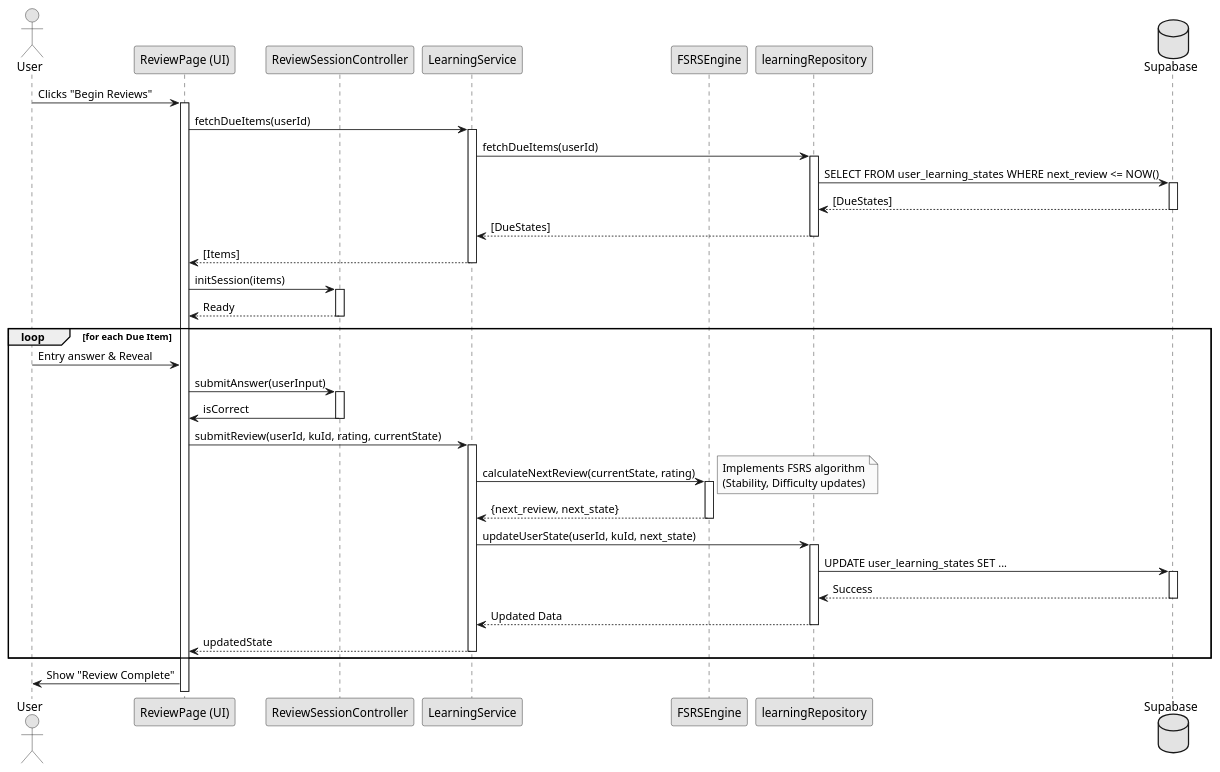
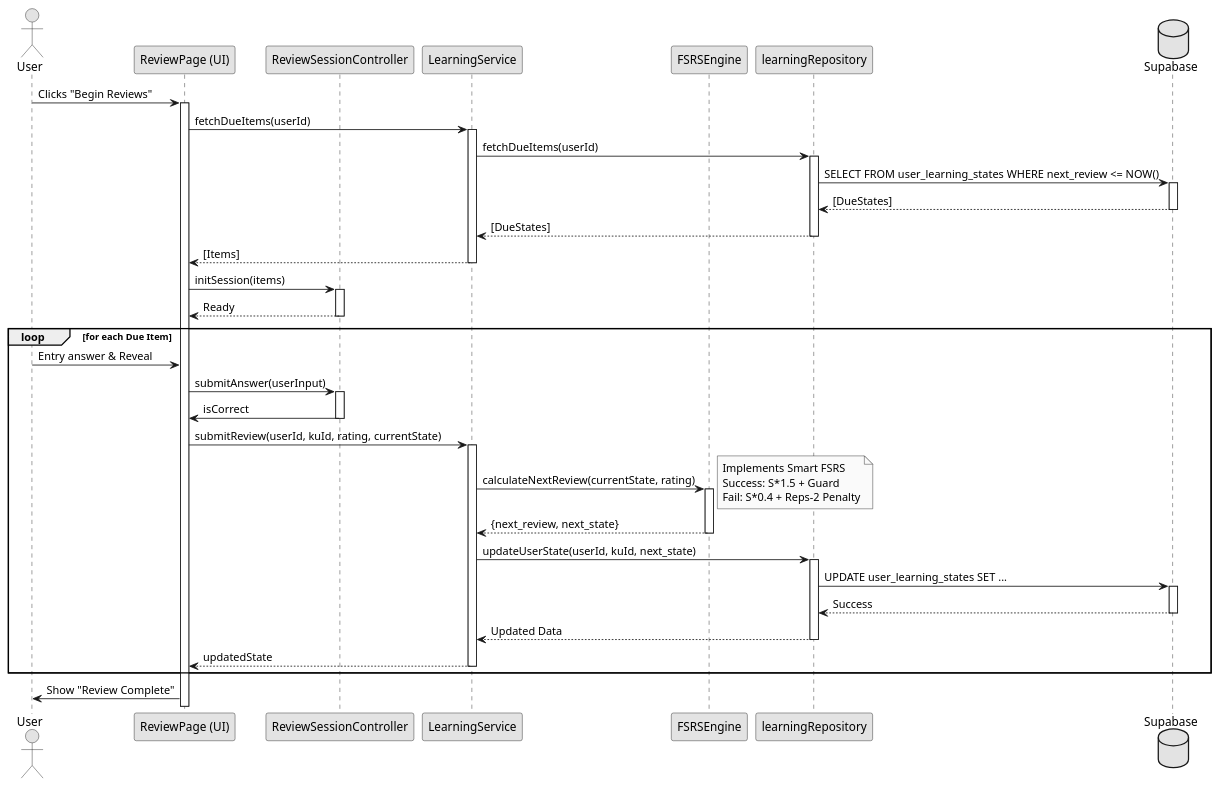
The diagram in docs/sequence/review_sequence.puml (anhtranguyen-github/Hanachan), drawn with PlantUML before and after one commit. The commit also changed 10 other files, not shown here.

Commit message:
docs: standardize ER diagrams, package list, and cross-consistency summary

```diff
--- a/docs/sequence/review_sequence.puml
+++ b/docs/sequence/review_sequence.puml
@@ -1,63 +1,63 @@
 @startuml Review Sequence
 skinparam monochrome true
 skinparam shadowing false
 skinparam defaultFontName "Segoe UI"
 
 actor User
 participant "ReviewPage (UI)" as UI
 participant "ReviewSessionController" as Controller
 participant "LearningService" as Service
 participant "FSRSEngine" as FSRS
 participant "learningRepository" as Repo
 database "Supabase" as DB
 
 User -> UI : Clicks "Begin Reviews"
 activate UI
 UI -> Service : fetchDueItems(userId)
 activate Service
 Service -> Repo : fetchDueItems(userId)
 activate Repo
 Repo -> DB : SELECT FROM user_learning_states WHERE next_review <= NOW()
 activate DB
 DB --> Repo : [DueStates]
 deactivate DB
 Repo --> Service : [DueStates]
 deactivate Repo
 Service --> UI : [Items]
 deactivate Service
 
 UI -> Controller : initSession(items)
 activate Controller
 Controller --> UI : Ready
 deactivate Controller
 
 loop for each Due Item
     User -> UI : Entry answer & Reveal
     UI -> Controller : submitAnswer(userInput)
     activate Controller
     Controller -> UI : isCorrect
     deactivate Controller
     
     UI -> Service : submitReview(userId, kuId, rating, currentState)
     activate Service
     Service -> FSRS : calculateNextReview(currentState, rating)
     activate FSRS
-    note right: Implements FSRS algorithm\n(Stability, Difficulty updates)
+    note right: Implements Smart FSRS\nSuccess: S*1.5 + Guard\nFail: S*0.4 + Reps-2 Penalty
     FSRS --> Service : {next_review, next_state}
     deactivate FSRS
     
     Service -> Repo : updateUserState(userId, kuId, next_state)
     activate Repo
     Repo -> DB : UPDATE user_learning_states SET ...
     activate DB
     DB --> Repo : Success
     deactivate DB
     Repo --> Service : Updated Data
     deactivate Repo
     
     Service --> UI : updatedState
     deactivate Service
 end
 
 UI -> User : Show "Review Complete"
 @enduml
```
